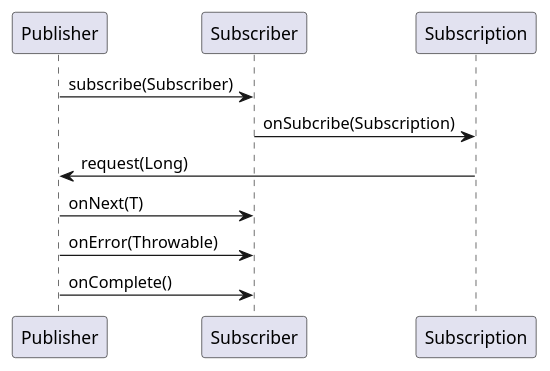
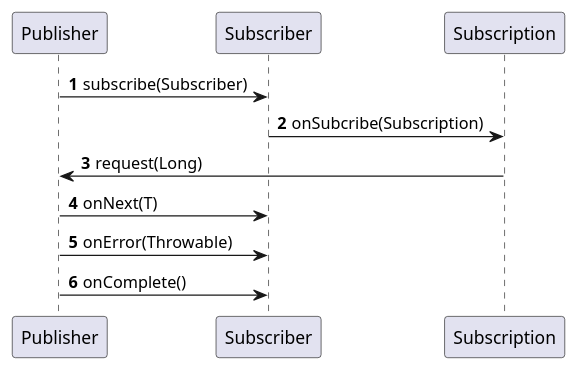
Before and after one commit to Wang-Ray/Wang-Ray.github.io: the diagram in assets/plantuml/reactive-sequence.md, drawn with PlantUML. The commit also changed 2 other files, not shown here.

````diff
--- a/assets/plantuml/reactive-sequence.md
+++ b/assets/plantuml/reactive-sequence.md
@@ -1,13 +1,14 @@
 ```plantuml
 @startuml
+autonumber
 Publisher -> Subscriber: subscribe(Subscriber)
 
 Subscriber ->  Subscription: onSubcribe(Subscription)
 
 Subscription -> Publisher: request(Long)
 
 Publisher -> Subscriber: onNext(T)
 Publisher -> Subscriber: onError(Throwable)
 Publisher -> Subscriber: onComplete()
 @enduml
 ```
````
